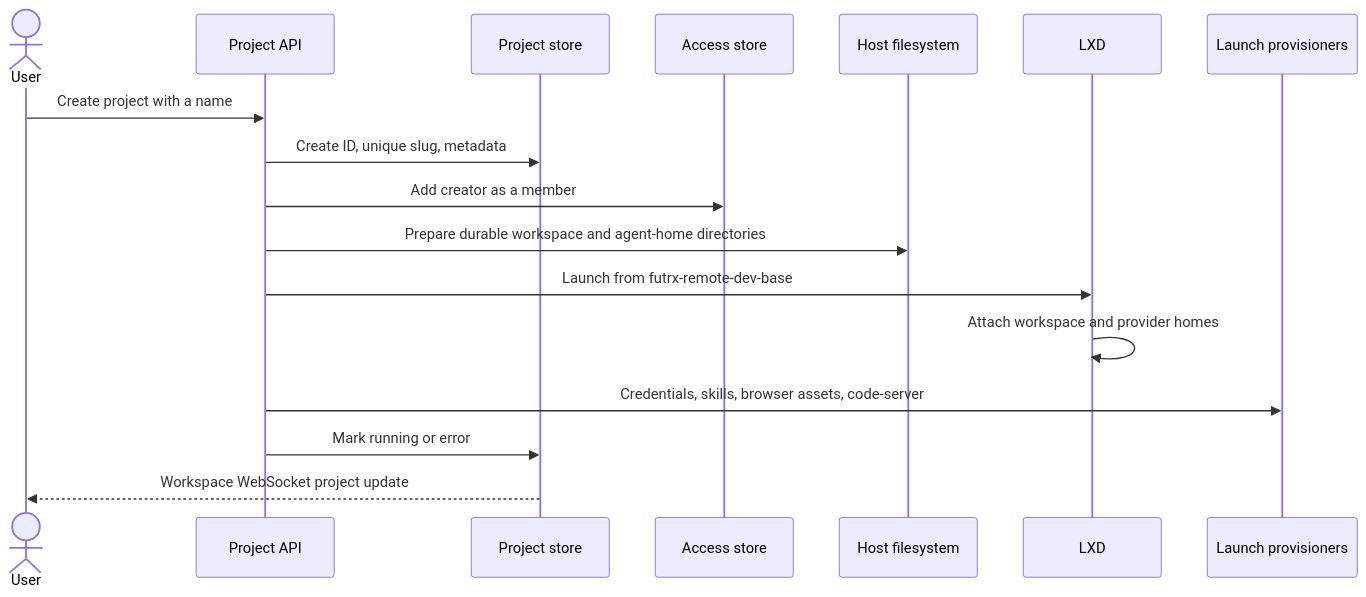
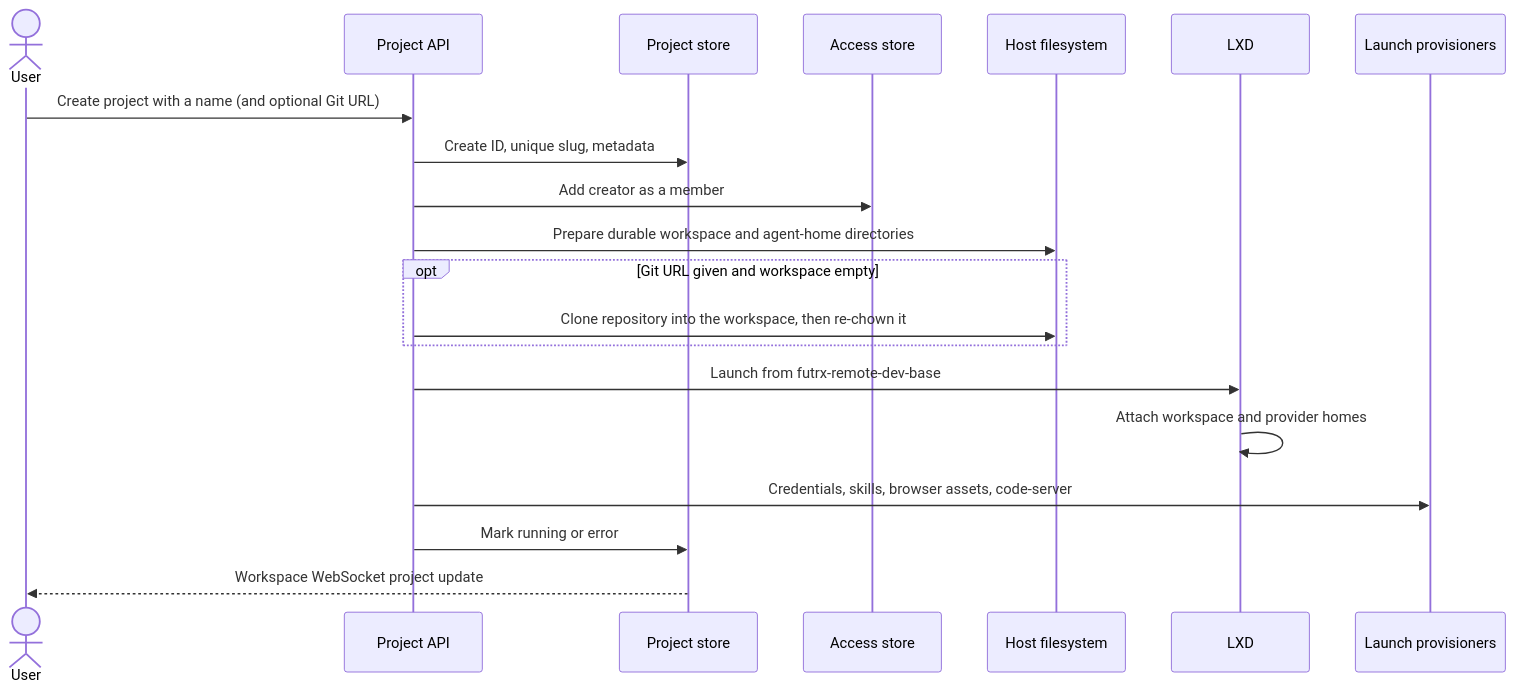
The first of 5 diagrams in docs/02-workspaces/03-projects-and-containers.md (futrx-com/remote.futrx), drawn with Mermaid before and after one commit. The commit also changed other lines of this file and 2 other files, not shown here.

Commit message:
docs(projects): document git-url import and its https-only scope

````diff
--- a/docs/02-workspaces/03-projects-and-containers.md
+++ b/docs/02-workspaces/03-projects-and-containers.md
@@ -10,20 +10,23 @@
 ```mermaid
 sequenceDiagram
     actor User
     participant API as Project API
     participant Store as Project store
     participant Access as Access store
     participant Files as Host filesystem
     participant LXD
     participant Provision as Launch provisioners
 
-    User->>API: Create project with a name
+    User->>API: Create project with a name (and optional Git URL)
     API->>Store: Create ID, unique slug, metadata
     API->>Access: Add creator as a member
     API->>Files: Prepare durable workspace and agent-home directories
+    opt Git URL given and workspace empty
+        API->>Files: Clone repository into the workspace, then re-chown it
+    end
     API->>LXD: Launch from futrx-remote-dev-base
     LXD->>LXD: Attach workspace and provider homes
     API->>Provision: Credentials, skills, browser assets, code-server
     API->>Store: Mark running or error
     Store-->>User: Workspace WebSocket project update
 ```
````
